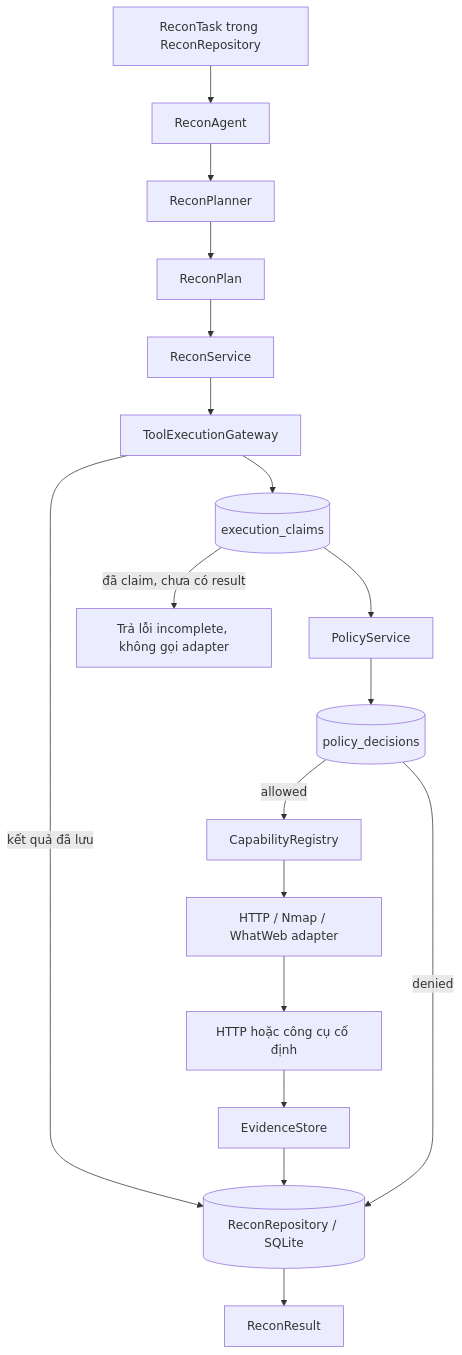
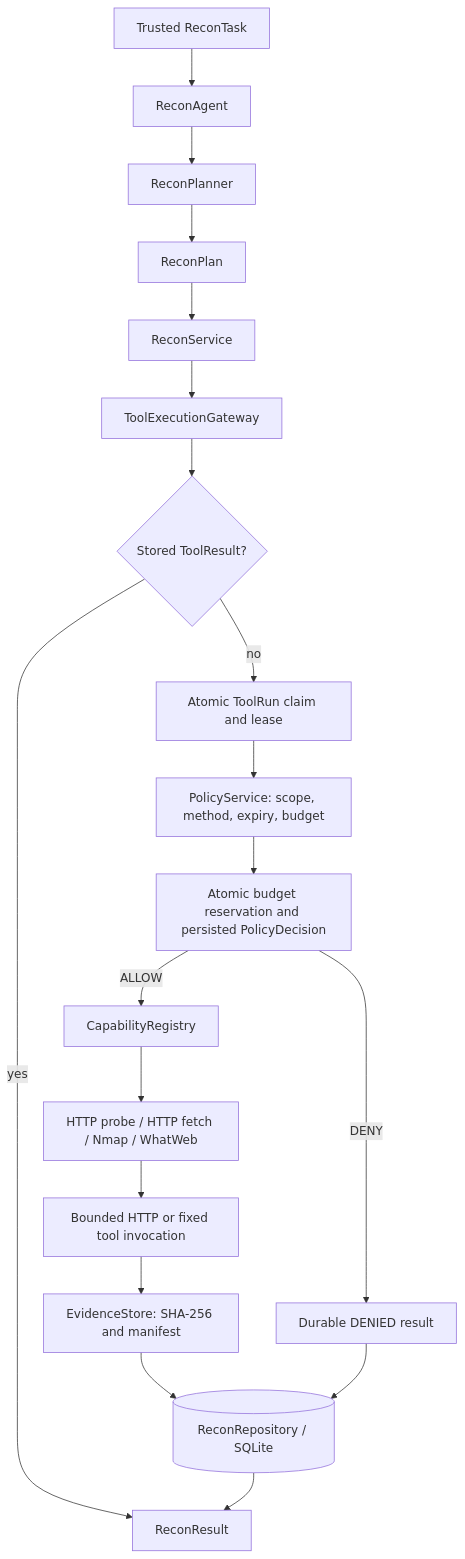
One commit to htungf211004/Agent_recon changed the diagram in ARCHITECTURE.md. Above: the diagram before and after it, drawn with Mermaid. The commit also changed other lines of this file and 28 other files, not shown here.

````diff
--- a/ARCHITECTURE.md
+++ b/ARCHITECTURE.md
@@ -11,20 +7,21 @@
 ```mermaid
 flowchart TD
-    Task[ReconTask trong ReconRepository] --> Agent[ReconAgent]
+    Task[Trusted ReconTask] --> Agent[ReconAgent]
     Agent --> Planner[ReconPlanner]
     Planner --> Plan[ReconPlan]
     Plan --> Service[ReconService]
     Service --> Gateway[ToolExecutionGateway]
-    Gateway -->|kết quả đã lưu| Repository
-    Gateway --> Claim[(execution_claims)]
-    Claim --> Policy[PolicyService]
-    Policy --> Decision[(policy_decisions)]
-    Decision -->|allowed| Registry[CapabilityRegistry]
-    Registry --> Adapter[HTTP / Nmap / WhatWeb adapter]
-    Adapter --> Tool[HTTP hoặc công cụ cố định]
-    Tool --> Evidence[EvidenceStore]
+    Gateway --> Existing{Stored ToolResult?}
+    Existing -->|yes| Result[ReconResult]
+    Existing -->|no| Claim[Atomic ToolRun claim and lease]
+    Claim --> Policy[PolicyService: scope, method, expiry, budget]
+    Policy --> Reserve[Atomic budget reservation and persisted PolicyDecision]
+    Reserve -->|ALLOW| Registry[CapabilityRegistry]
+    Reserve -->|DENY| Denied[Durable DENIED result]
+    Registry --> Adapter[HTTP probe / HTTP fetch / Nmap / WhatWeb]
+    Adapter --> Tool[Bounded HTTP or fixed tool invocation]
+    Tool --> Evidence[EvidenceStore: SHA-256 and manifest]
     Evidence --> Repository[(ReconRepository / SQLite)]
-    Repository --> Result[ReconResult]
-    Decision -->|denied| Repository
-    Claim -->|đã claim, chưa có result| Incomplete[Trả lỗi incomplete, không gọi adapter]
+    Repository --> Result
+    Denied --> Repository
 ```
````
